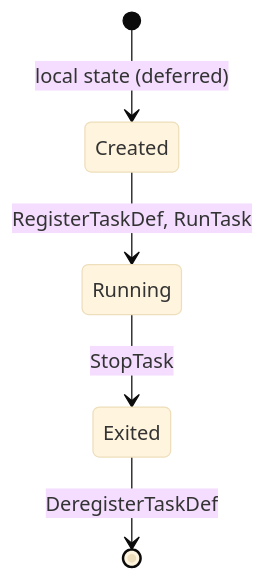
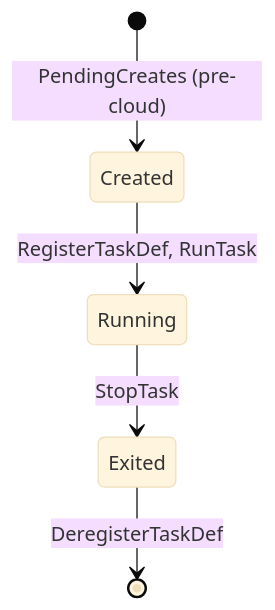
Before and after one commit to e6qu/sockerless: the sixth of 19 diagrams in ARCHITECTURE.md, drawn with Mermaid (base theme). The commit also changed other lines of this file and 64 other files, not shown here.

````diff
--- a/ARCHITECTURE.md
+++ b/ARCHITECTURE.md
@@ -164,7 +164,7 @@
 ```mermaid
 stateDiagram-v2
-    [*] --> Created: local state (deferred)
+    [*] --> Created: PendingCreates (pre-cloud)
     Created --> Running: RegisterTaskDef, RunTask
     Running --> Exited: StopTask
     Exited --> [*]: DeregisterTaskDef
 ```
````
